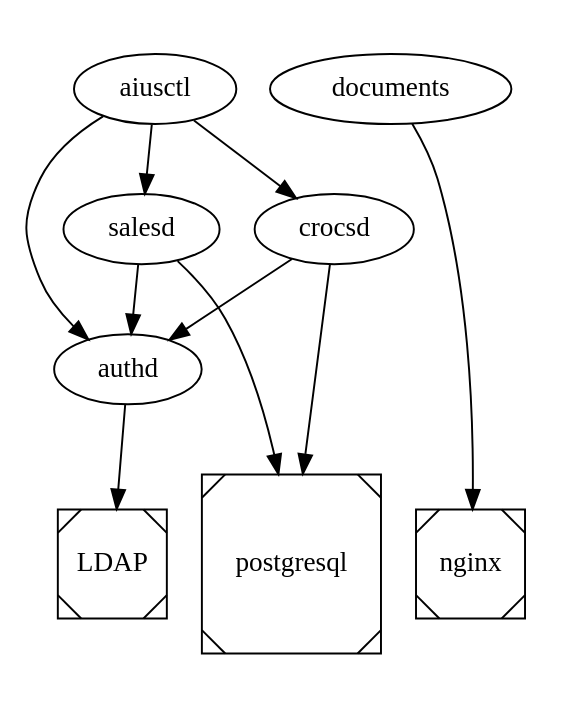
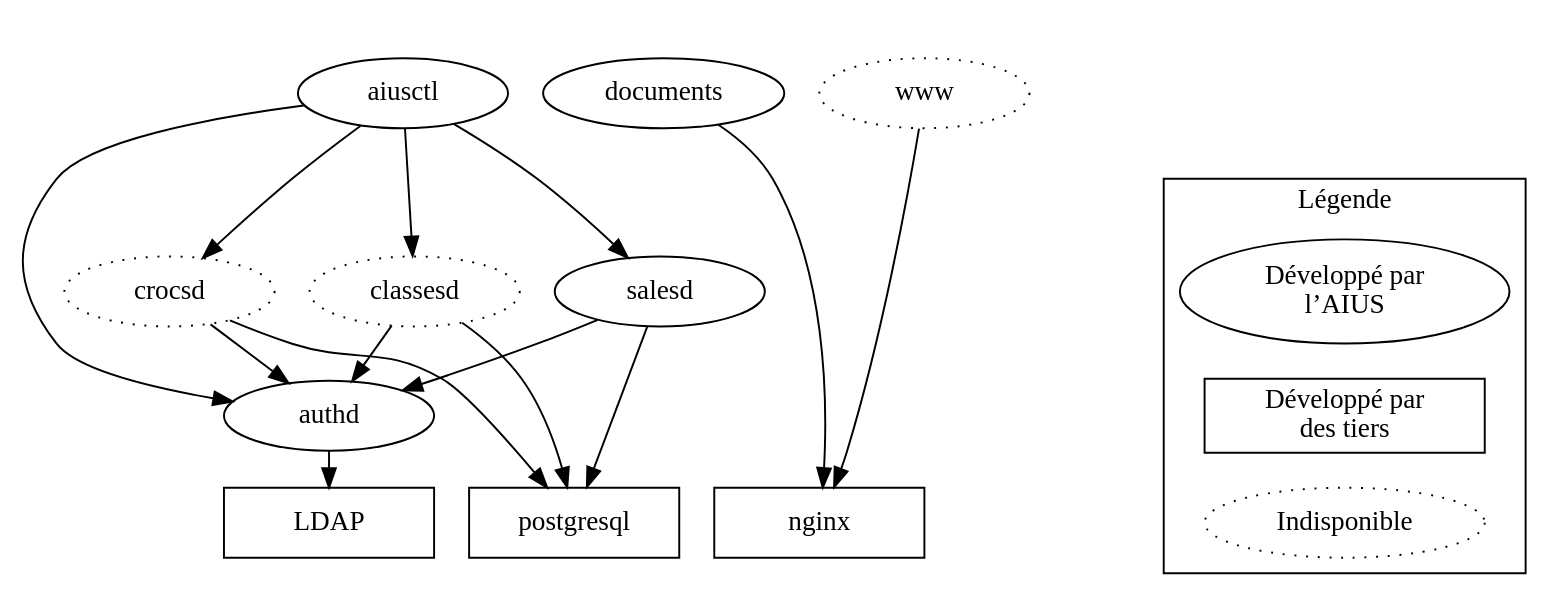
One commit to AIUS/documents changed the diagram in resources/infra.dot. Above: the diagram before and after it, drawn with Graphviz. The commit also changed 1 other file, not shown here.

```diff
--- a/resources/infra.dot
+++ b/resources/infra.dot
@@ -1,45 +1,85 @@
 
 digraph {
+	node [width=1.5]
+
+	nodesep=0.25
+
 	subgraph cluster1 {
 		style=invisible
-		node[shape=Msquare]
+		node[shape=rectangle]
+
+		margin=0
 
 		LDAP
 		postgresql
 		nginx
 	}
 
 	subgraph cluster2 {
 		style=invisible
 
+		margin=0
+
 		authd
 	}
 
 	subgraph cluster3 {
 		style=invisible
 
+		margin=0
+
 		salesd
-		crocsd
+		crocsd [style=dotted]
+		classesd [style=dotted]
 	}
 
 	subgraph cluster4 {
 		style=invisible
 
+		margin=0
+
 		aiusctl
 		documents
+		www [style=dotted]
+	}
+
+	legend_minus_1 [width=1;height=1;label="";style=invisible]
+
+	legend_0 -> legend_1 [style=invis]
+	legend_0 [style=invisible]
+	subgraph cluster_legends {
+		label="Légende"
+
+		node [width=2;height=0.5]
+
+		mindist=0
+		ranksep=0
+		nodesep=0
+
+		legend_1 [label="Développé par\nl’AIUS"]
+		legend_2 [label="Développé par\ndes tiers";shape=rectangle]
+		legend_3 [label="Indisponible";style=dotted]
+
+		legend_1 -> legend_2 [style=invis]
+		legend_2 -> legend_3 [style=invis]
 	}
 
 	authd -> LDAP
 
 	salesd -> authd
 	salesd -> postgresql
 
 	crocsd -> authd
 	crocsd -> postgresql
 
+	classesd -> authd
+	classesd -> postgresql
+
 	aiusctl -> authd
 	aiusctl -> salesd
 	aiusctl -> crocsd
+	aiusctl -> classesd
 
 	documents -> nginx
+	www -> nginx
 }
```
